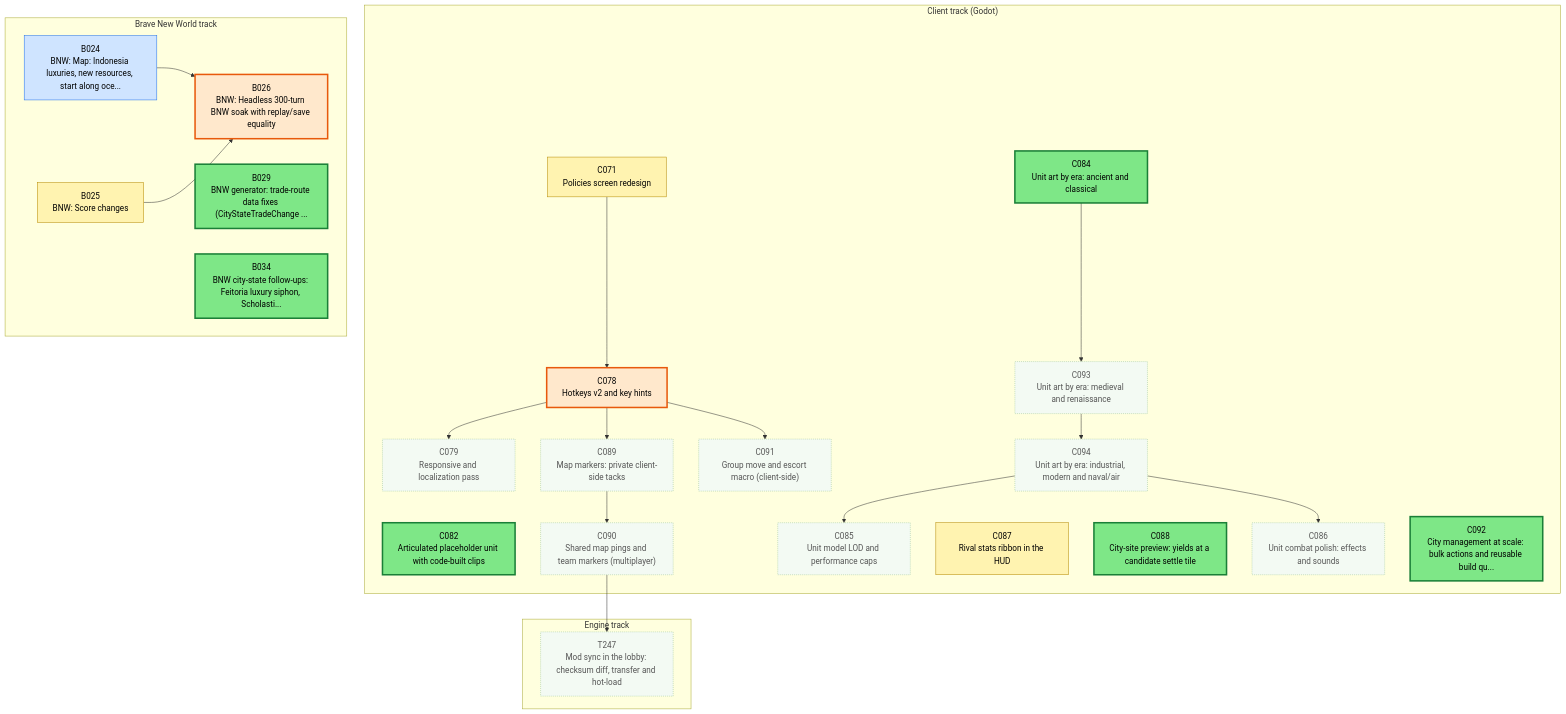
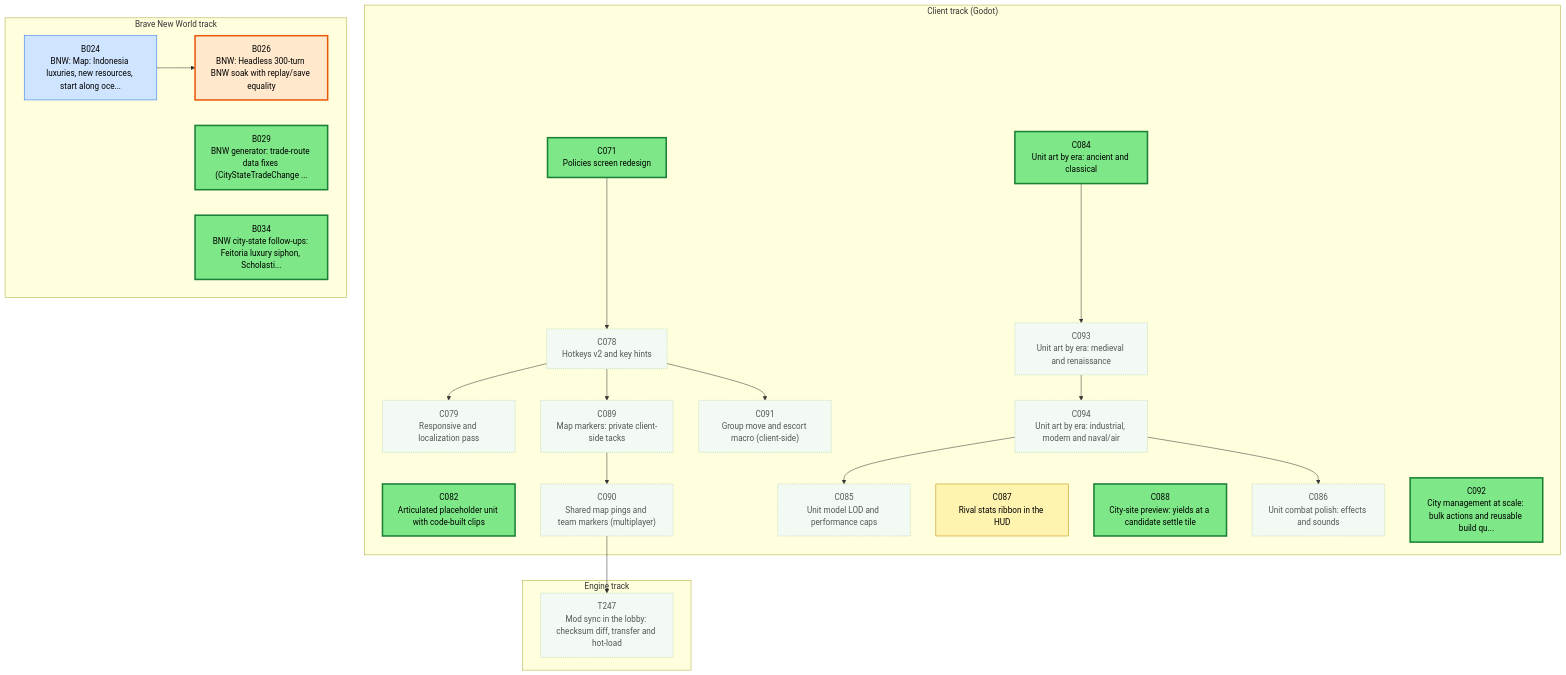
The first of 3 diagrams in csharp/migration/DEPENDENCY_MAP.md (Kenmura/Unciv), drawn with Mermaid before and after one commit. The commit also changed other lines of this file, not shown here.

````diff
--- a/csharp/migration/DEPENDENCY_MAP.md
+++ b/csharp/migration/DEPENDENCY_MAP.md
@@ -25,70 +25,67 @@
 ```mermaid
 flowchart TD
   subgraph TTRACK["Engine track"]
     T247["T247<br/>Mod sync in the lobby: checksum diff, transfer and hot-load"]
   end
   subgraph CTRACK["Client track (Godot)"]
     C071["C071<br/>Policies screen redesign"]
     C078["C078<br/>Hotkeys v2 and key hints"]
     C079["C079<br/>Responsive and localization pass"]
     C082["C082<br/>Articulated placeholder unit with code-built clips"]
     C084["C084<br/>Unit art by era: ancient and classical"]
     C085["C085<br/>Unit model LOD and performance caps"]
     C086["C086<br/>Unit combat polish: effects and sounds"]
     C087["C087<br/>Rival stats ribbon in the HUD"]
     C088["C088<br/>City-site preview: yields at a candidate settle tile"]
     C089["C089<br/>Map markers: private client-side tacks"]
     C090["C090<br/>Shared map pings and team markers (multiplayer)"]
     C091["C091<br/>Group move and escort macro (client-side)"]
     C092["C092<br/>City management at scale: bulk actions and reusable build qu..."]
     C093["C093<br/>Unit art by era: medieval and renaissance"]
     C094["C094<br/>Unit art by era: industrial, modern and naval/air"]
   end
   subgraph BTRACK["Brave New World track"]
     B024["B024<br/>BNW: Map: Indonesia luxuries, new resources, start along oce..."]
-    B025["B025<br/>BNW: Score changes"]
     B026["B026<br/>BNW: Headless 300-turn BNW soak with replay/save equality"]
     B029["B029<br/>BNW generator: trade-route data fixes (CityStateTradeChange ..."]
     B034["B034<br/>BNW city-state follow-ups: Feitoria luxury siphon, Scholasti..."]
   end
   C090 --> T247
   C071 --> C078
   C078 --> C079
   C094 --> C085
   C094 --> C086
   C078 --> C089
   C089 --> C090
   C078 --> C091
   C084 --> C093
   C093 --> C094
   B024 --> B026
-  B025 --> B026
   classDef waiting fill:#f3faf3,stroke:#9bc49b,color:#555,stroke-dasharray:2 2
   classDef ondeck fill:#ffe8cc,stroke:#e8590c,stroke-width:3px,color:#000
   classDef ready fill:#7ee787,stroke:#1a7f37,stroke-width:3px,color:#000
   classDef prog fill:#fff3b0,stroke:#b58900,color:#000
   classDef review fill:#cfe4ff,stroke:#1f6feb,color:#000
   classDef blocked fill:#ffd6d6,stroke:#c62828,color:#000
   classDef done fill:#eeeeee,stroke:#999999,color:#666,stroke-dasharray:4 3
   class B024 review
-  class B025 prog
   class B026 ondeck
   class B029 ready
   class B034 ready
-  class C071 prog
-  class C078 ondeck
+  class C071 ready
+  class C078 waiting
   class C079 waiting
   class C082 ready
   class C084 ready
   class C085 waiting
   class C086 waiting
   class C087 prog
   class C088 ready
   class C089 waiting
   class C090 waiting
   class C091 waiting
   class C092 ready
   class C093 waiting
   class C094 waiting
   class T247 waiting
 ```
````
